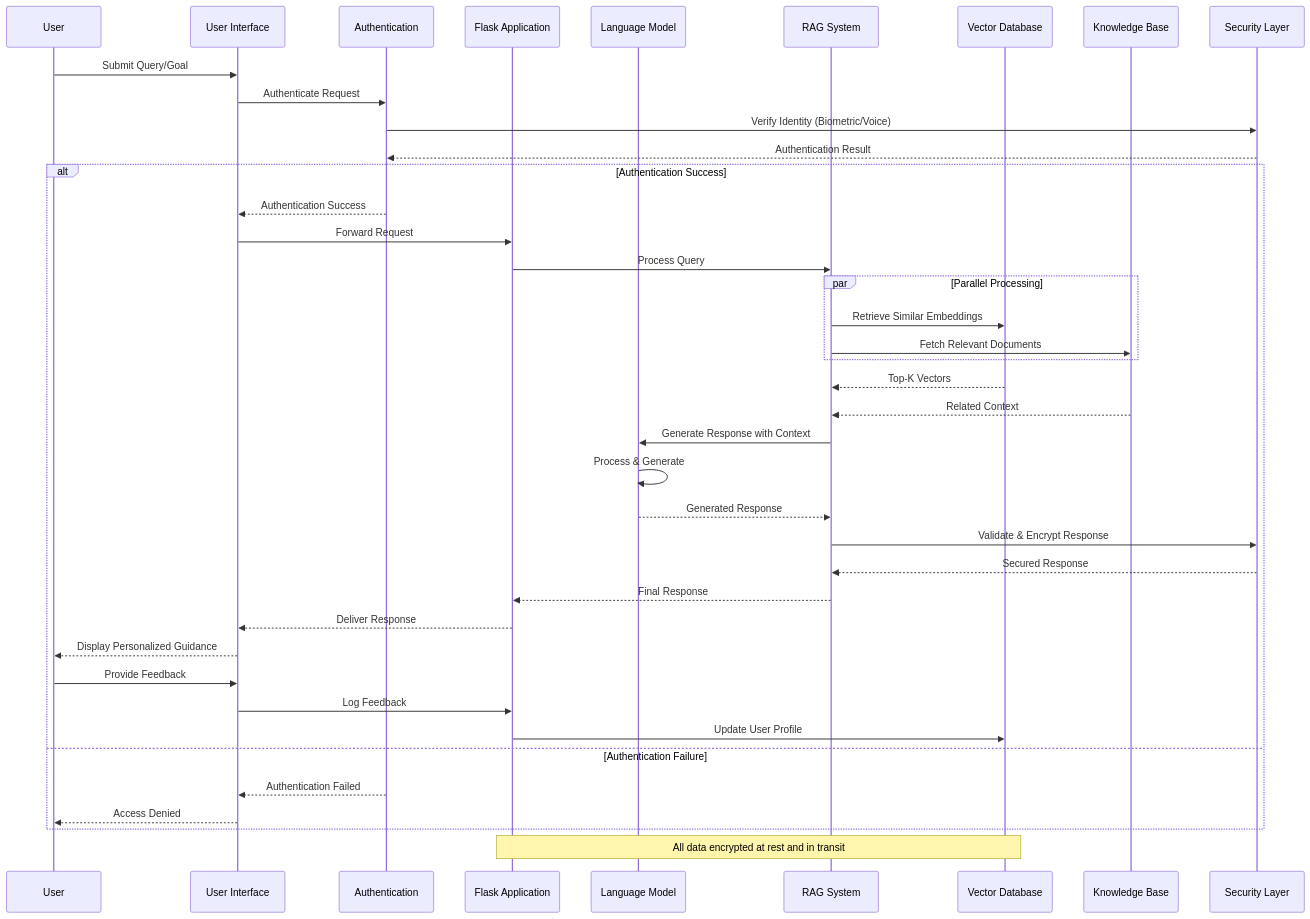
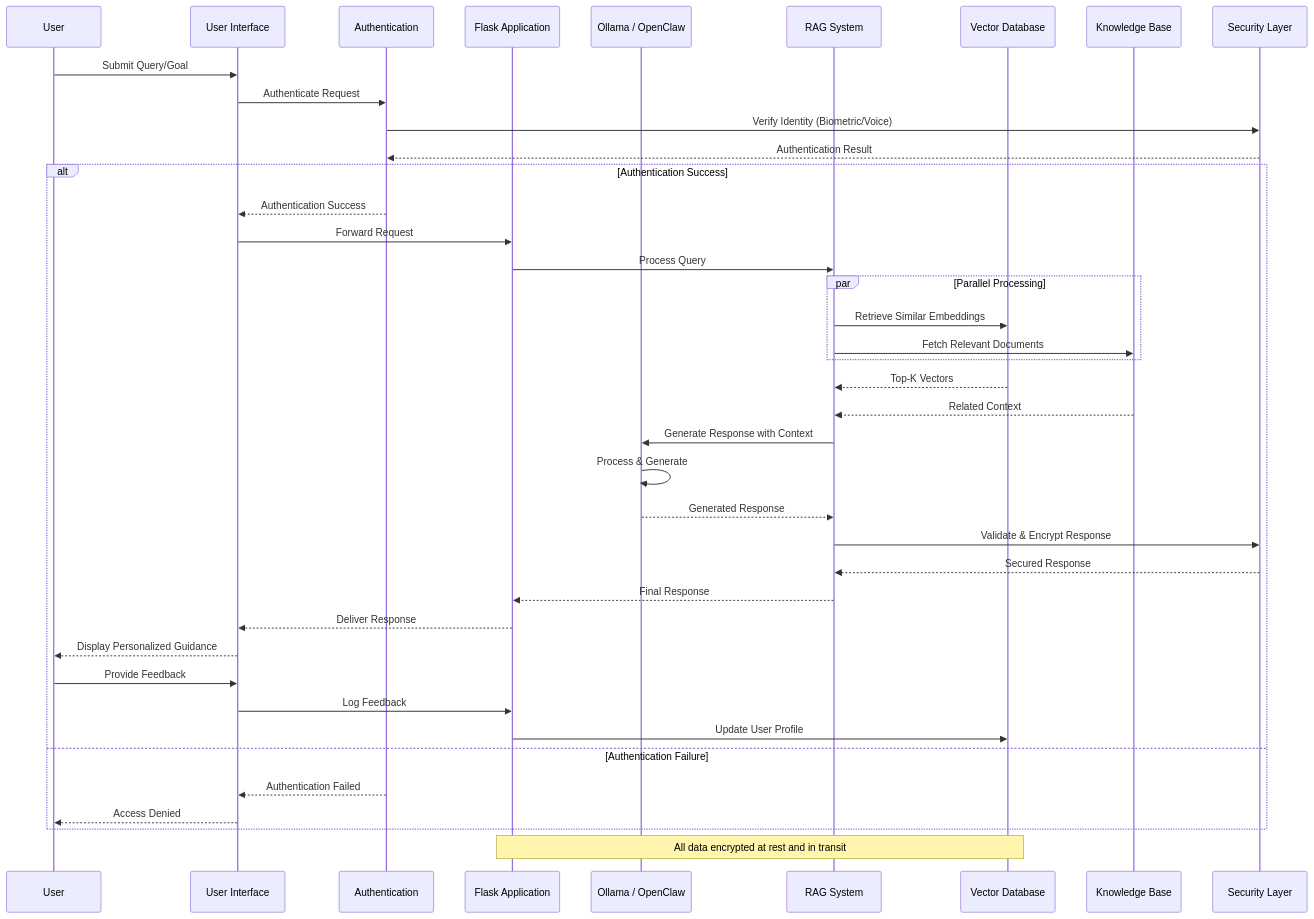
The third of 6 diagrams in README.md (danindiana/PathfinderLM), drawn with Mermaid before and after one commit. The commit also changed other lines of this file and 21 other files, not shown here.

First line of the commit message:
feat: reposition to local-first stack (Ollama 0.22.1 + OpenClaw, dockerized) (#6)

````diff
--- a/README.md
+++ b/README.md
@@ -191,51 +192,51 @@
 ```mermaid
 sequenceDiagram
     participant U as User
     participant UI as User Interface
     participant Auth as Authentication
     participant App as Flask Application
-    participant LM as Language Model
+    participant LM as Ollama / OpenClaw
     participant RAG as RAG System
     participant DB as Vector Database
     participant KB as Knowledge Base
     participant Sec as Security Layer
 
     U->>UI: Submit Query/Goal
     UI->>Auth: Authenticate Request
     Auth->>Sec: Verify Identity (Biometric/Voice)
     Sec-->>Auth: Authentication Result
 
     alt Authentication Success
         Auth-->>UI: Authentication Success
         UI->>App: Forward Request
         App->>RAG: Process Query
 
         par Parallel Processing
             RAG->>DB: Retrieve Similar Embeddings
             RAG->>KB: Fetch Relevant Documents
         end
 
         DB-->>RAG: Top-K Vectors
         KB-->>RAG: Related Context
 
         RAG->>LM: Generate Response with Context
         LM->>LM: Process & Generate
         LM-->>RAG: Generated Response
 
         RAG->>Sec: Validate & Encrypt Response
         Sec-->>RAG: Secured Response
 
         RAG-->>App: Final Response
         App-->>UI: Deliver Response
         UI-->>U: Display Personalized Guidance
 
         U->>UI: Provide Feedback
         UI->>App: Log Feedback
         App->>DB: Update User Profile
     else Authentication Failure
         Auth-->>UI: Authentication Failed
         UI-->>U: Access Denied
     end
 
     Note over App,DB: All data encrypted at rest and in transit
 ```
````
